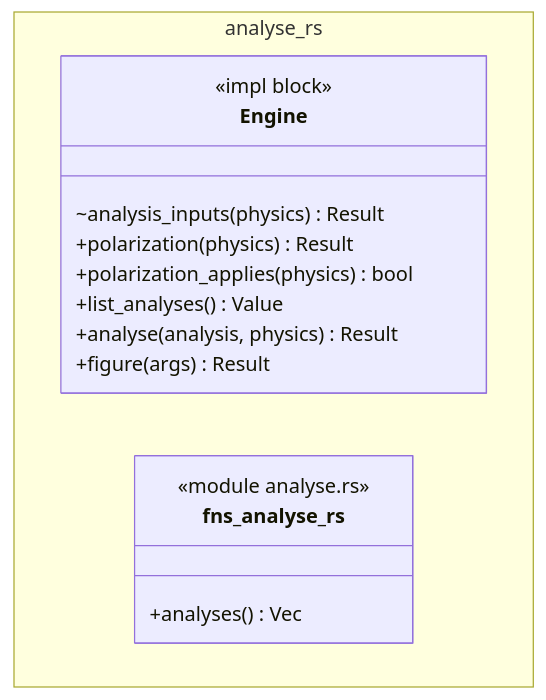
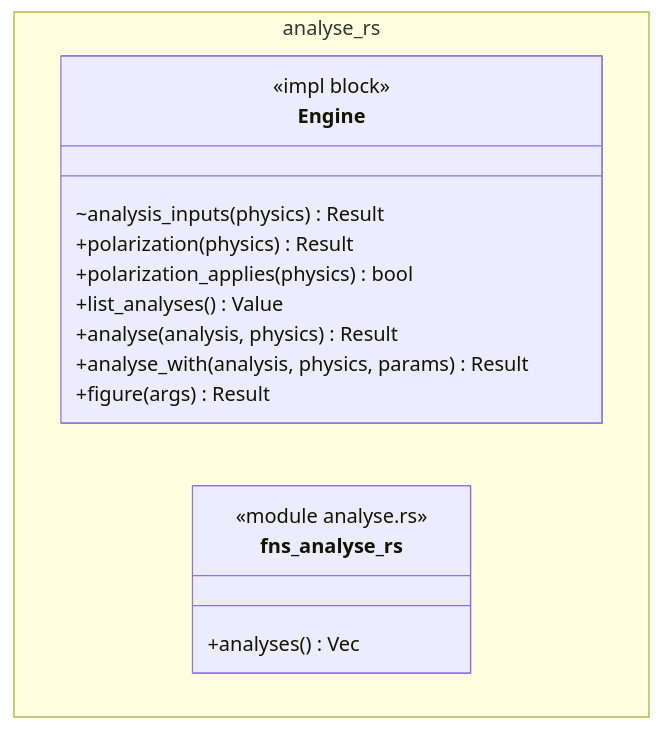
One commit to p-j-r/nyx changed the diagram in docs/architecture/c4/4-code/engine/analyse.md. Above: the diagram before and after it, drawn with Mermaid. The commit also changed other lines of this file and 208 other files, not shown here.

````diff
--- a/docs/architecture/c4/4-code/engine/analyse.md
+++ b/docs/architecture/c4/4-code/engine/analyse.md
@@ -34,18 +34,19 @@
 ```mermaid
 classDiagram
   namespace analyse_rs {
     class Engine {
         <<impl block>>
         ~analysis_inputs(physics) Result
         +polarization(physics) Result
         +polarization_applies(physics) bool
         +list_analyses() Value
         +analyse(analysis, physics) Result
+        +analyse_with(analysis, physics, params) Result
         +figure(args) Result
     }
     class fns_analyse_rs {
         <<module analyse.rs>>
         +analyses() Vec
     }
   }
 ```
````
